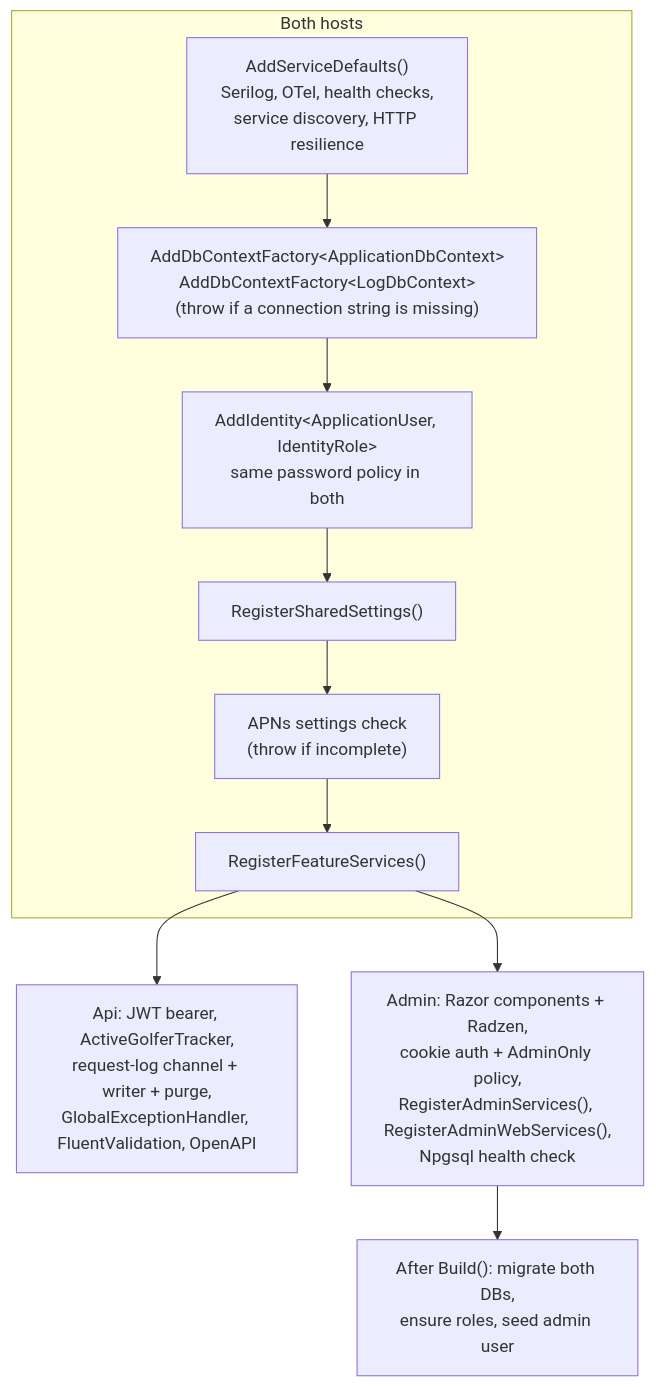
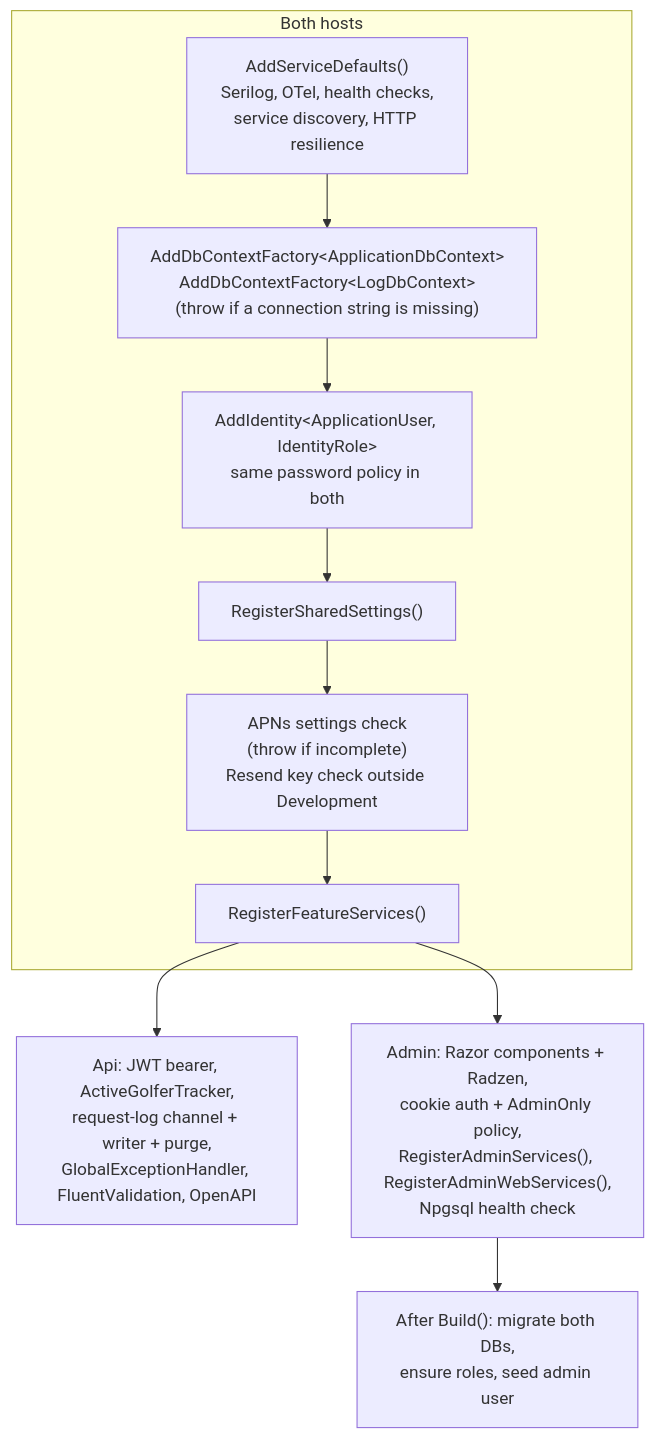
Before and after one commit to georgebjork/FairwayFinder: the first of 2 diagrams in docs/architecture/hosting-and-configuration.md, drawn with Mermaid. The commit also changed other lines of this file and 50 other files, not shown here.

````diff
--- a/docs/architecture/hosting-and-configuration.md
+++ b/docs/architecture/hosting-and-configuration.md
@@ -7,15 +7,15 @@
 ```mermaid
 flowchart TD
     subgraph both["Both hosts"]
         sd["AddServiceDefaults()<br/>Serilog, OTel, health checks,<br/>service discovery, HTTP resilience"]
         db["AddDbContextFactory&lt;ApplicationDbContext&gt;<br/>AddDbContextFactory&lt;LogDbContext&gt;<br/>(throw if a connection string is missing)"]
         idn["AddIdentity&lt;ApplicationUser, IdentityRole&gt;<br/>same password policy in both"]
         set["RegisterSharedSettings()"]
-        apns["APNs settings check<br/>(throw if incomplete)"]
+        apns["APNs settings check<br/>(throw if incomplete)<br/>Resend key check outside Development"]
         feat["RegisterFeatureServices()"]
         sd --> db --> idn --> set --> apns --> feat
     end
     feat --> apiOnly["Api: JWT bearer, ActiveGolferTracker,<br/>request-log channel + writer + purge,<br/>GlobalExceptionHandler, FluentValidation, OpenAPI"]
     feat --> adminOnly["Admin: Razor components + Radzen,<br/>cookie auth + AdminOnly policy,<br/>RegisterAdminServices(), RegisterAdminWebServices(),<br/>Npgsql health check"]
     adminOnly --> mig["After Build(): migrate both DBs,<br/>ensure roles, seed admin user"]
 ```
````
